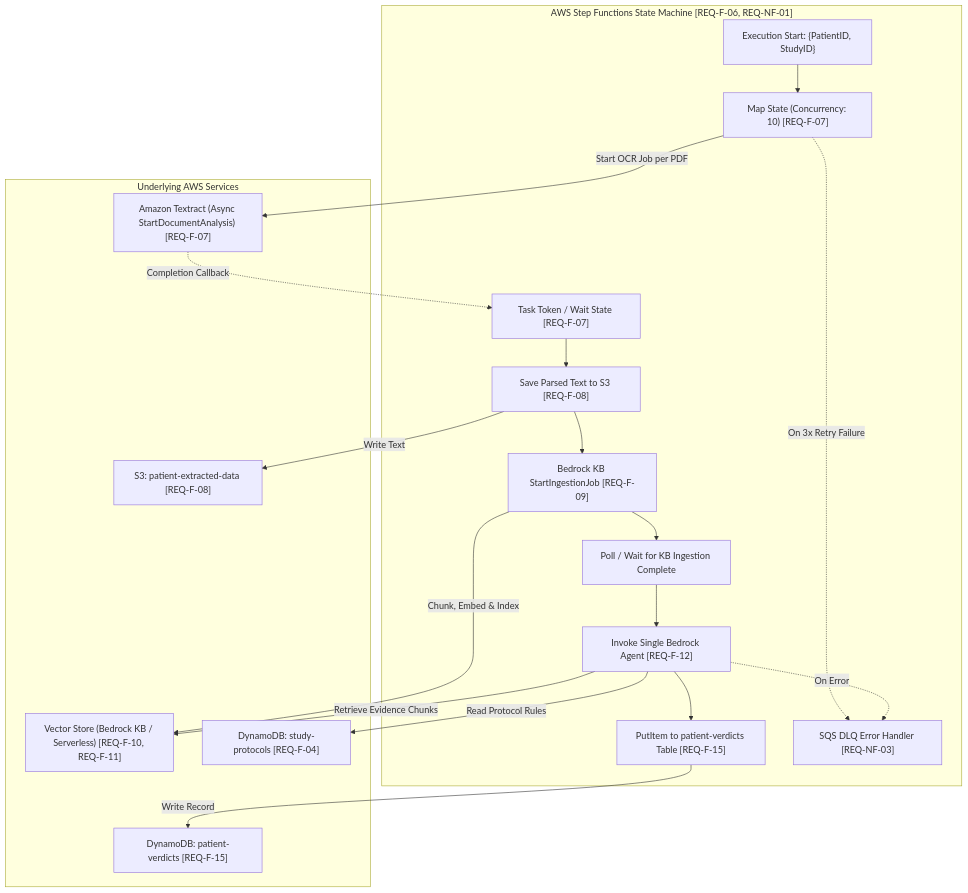
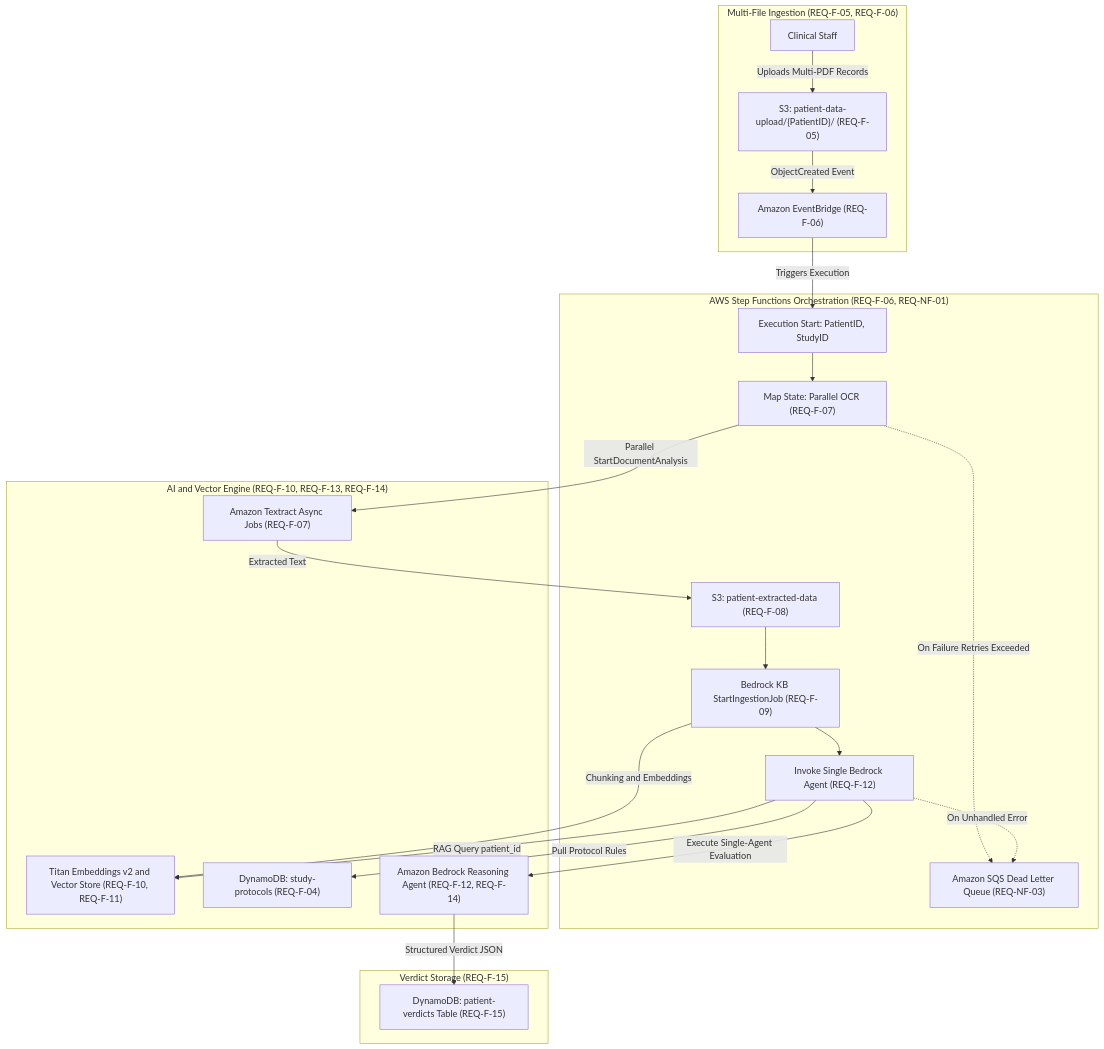
The third of 5 diagrams in Architecture.md (skarj/aws-solution-medical-agent), drawn with Mermaid before and after one commit. The commit also changed other lines of this file and 7 other files, not shown here.

````diff
--- a/Architecture.md
+++ b/Architecture.md
@@ -122,40 +78,44 @@
 ```mermaid
 graph TD
-    subgraph Step_Functions_Execution ["AWS Step Functions State Machine [REQ-F-06, REQ-NF-01]"]
-        START["Execution Start: {PatientID, StudyID}"]
-        MAP_OCR["Map State (Concurrency: 10) [REQ-F-07]"]
-        WAIT_OCR["Task Token / Wait State [REQ-F-07]"]
-        STORE_RAW["Save Parsed Text to S3 [REQ-F-08]"]
-        START_KB["Bedrock KB StartIngestionJob [REQ-F-09]"]
-        WAIT_KB["Poll / Wait for KB Ingestion Complete"]
-        INVOKE_AGENT["Invoke Single Bedrock Agent [REQ-F-12]"]
-        SAVE_VERDICT["PutItem to patient-verdicts Table [REQ-F-15]"]
-        DLQ_HANDLER["SQS DLQ Error Handler [REQ-NF-03]"]
+    subgraph Ingestion_Trigger ["Multi-File Ingestion (REQ-F-05, REQ-F-06)"]
+        CLINICIAN["Clinical Staff"]
+        S3_PATIENT["S3: patient-data-upload/{PatientID}/ (REQ-F-05)"]
+        EV_BRIDGE["Amazon EventBridge (REQ-F-06)"]
     end
 
-    subgraph Services ["Underlying AWS Services"]
-        TXT["Amazon Textract (Async StartDocumentAnalysis) [REQ-F-07]"]
-        S3_OUT["S3: patient-extracted-data [REQ-F-08]"]
-        VEC["Vector Store (Bedrock KB / Serverless) [REQ-F-10, REQ-F-11]"]
-        DDB_P["DynamoDB: study-protocols [REQ-F-04]"]
-        DDB_V["DynamoDB: patient-verdicts [REQ-F-15]"]
+    subgraph State_Machine ["AWS Step Functions Orchestration (REQ-F-06, REQ-NF-01)"]
+        SFN_START["Execution Start: PatientID, StudyID"]
+        MAP_OCR["Map State: Parallel OCR (REQ-F-07)"]
+        S3_EXTRACT["S3: patient-extracted-data (REQ-F-08)"]
+        KB_INGEST["Bedrock KB StartIngestionJob (REQ-F-09)"]
+        INVOKE_AGENT["Invoke Single Bedrock Agent (REQ-F-12)"]
+        SQS_DLQ["Amazon SQS Dead Letter Queue (REQ-NF-03)"]
     end
 
-    START --> MAP_OCR
-    MAP_OCR -->|"Start OCR Job per PDF"| TXT
-    TXT -.->|"Completion Callback"| WAIT_OCR
-    WAIT_OCR --> STORE_RAW
-    STORE_RAW -->|"Write Text"| S3_OUT
-    STORE_RAW --> START_KB
-    START_KB -->|"Chunk, Embed & Index"| VEC
-    START_KB --> WAIT_KB
-    WAIT_KB --> INVOKE_AGENT
-    INVOKE_AGENT -->|"Read Protocol Rules"| DDB_P
-    INVOKE_AGENT -->|"Retrieve Evidence Chunks"| VEC
-    INVOKE_AGENT --> SAVE_VERDICT
-    SAVE_VERDICT -->|"Write Record"| DDB_V
+    subgraph AI_RAG_Services ["AI and Vector Engine (REQ-F-10, REQ-F-13, REQ-F-14)"]
+        TEXTRACT_ASYNC["Amazon Textract Async Jobs (REQ-F-07)"]
+        TITAN_EMB["Titan Embeddings v2 and Vector Store (REQ-F-10, REQ-F-11)"]
+        DDB_PROTO["DynamoDB: study-protocols (REQ-F-04)"]
+        BEDROCK_AGENT["Amazon Bedrock Reasoning Agent (REQ-F-12, REQ-F-14)"]
+    end
 
-    %% Error Transitions
-    MAP_OCR -.->|"On 3x Retry Failure"| DLQ_HANDLER
-    INVOKE_AGENT -.->|"On Error"| DLQ_HANDLER
+    subgraph Persistence ["Verdict Storage (REQ-F-15)"]
+        DDB_VERDICT["DynamoDB: patient-verdicts Table (REQ-F-15)"]
+    end
+
+    CLINICIAN -->|"Uploads Multi-PDF Records"| S3_PATIENT
+    S3_PATIENT -->|"ObjectCreated Event"| EV_BRIDGE
+    EV_BRIDGE -->|"Triggers Execution"| SFN_START
+    SFN_START --> MAP_OCR
+    MAP_OCR -->|"Parallel StartDocumentAnalysis"| TEXTRACT_ASYNC
+    TEXTRACT_ASYNC -->|"Extracted Text"| S3_EXTRACT
+    S3_EXTRACT --> KB_INGEST
+    KB_INGEST -->|"Chunking and Embeddings"| TITAN_EMB
+    KB_INGEST --> INVOKE_AGENT
+    INVOKE_AGENT -->|"Pull Protocol Rules"| DDB_PROTO
+    INVOKE_AGENT -->|"RAG Query patient_id"| TITAN_EMB
+    INVOKE_AGENT -->|"Execute Single-Agent Evaluation"| BEDROCK_AGENT
+    BEDROCK_AGENT -->|"Structured Verdict JSON"| DDB_VERDICT
+    MAP_OCR -.->|"On Failure Retries Exceeded"| SQS_DLQ
+    INVOKE_AGENT -.->|"On Unhandled Error"| SQS_DLQ
 ```
````
